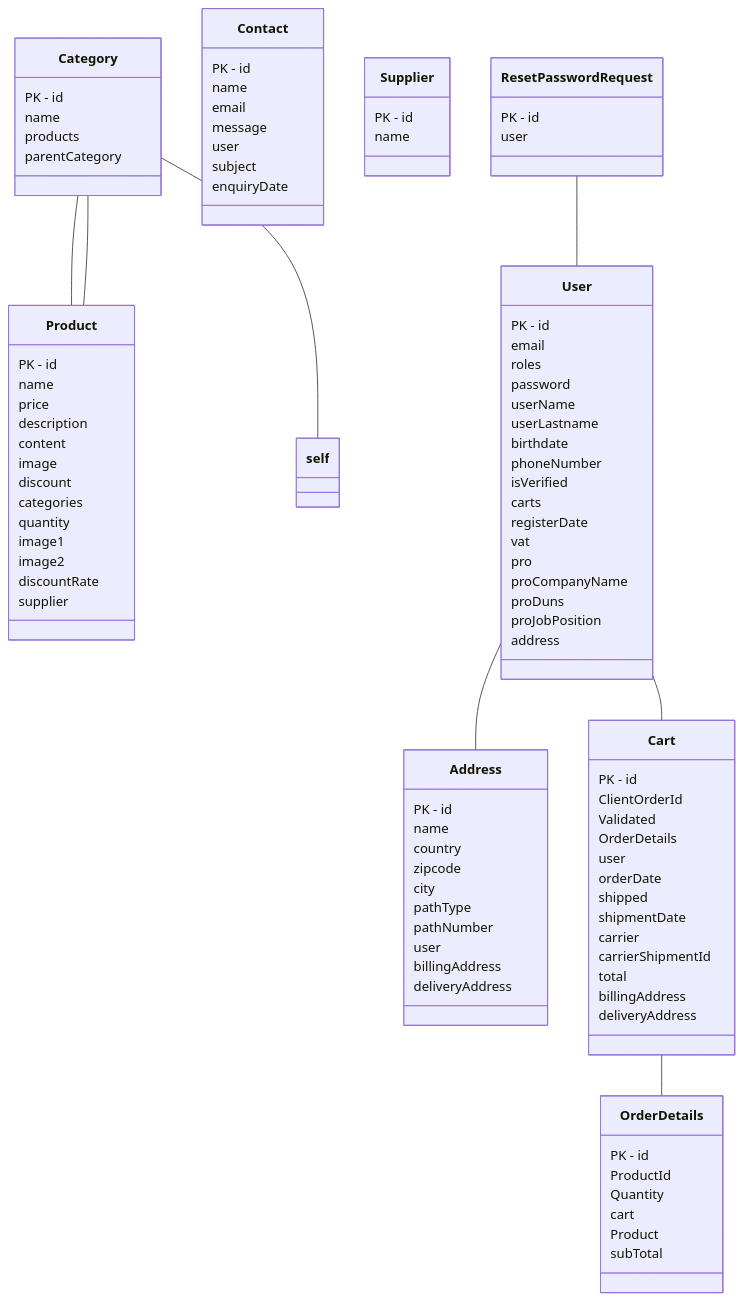
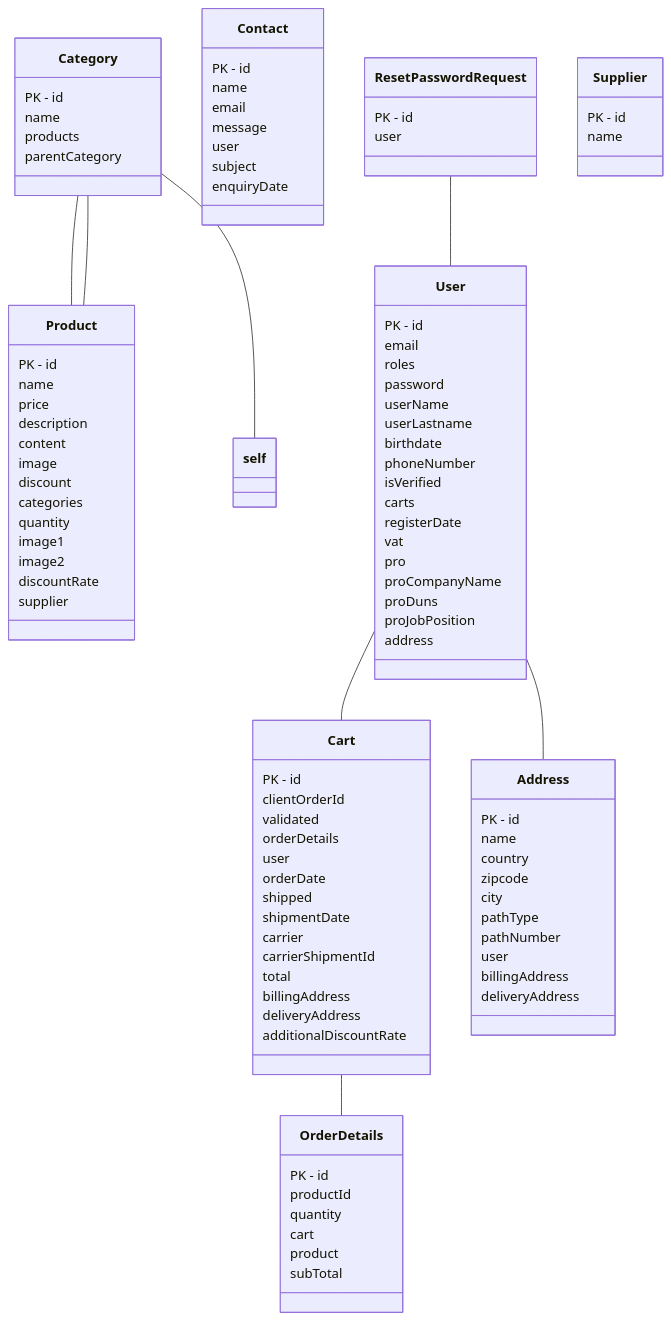
One commit to AlexisDonato/CDA changed the diagram in Fil Rouge/MUSE/UML.md. Above: the diagram before and after it, drawn with Mermaid. The commit also changed 8 other files, not shown here.

````diff
--- a/Fil Rouge/MUSE/UML.md
+++ b/Fil Rouge/MUSE/UML.md
@@ -1,6 +1,33 @@
 ```mermaid
 classDiagram
 
+class Cart{
+PK - id
+clientOrderId
+validated
+orderDetails
+user
+orderDate
+shipped
+shipmentDate
+carrier
+carrierShipmentId
+total
+billingAddress
+deliveryAddress
+additionalDiscountRate
+}
+
+Cart -- OrderDetails
+class Category{
+PK - id
+name
+products
+parentCategory
+}
+
+Category -- Product
+Category -- self
 class Address{
 PK - id
 name
@@ -14,32 +41,6 @@
 deliveryAddress
 }
 
-class Cart{
-PK - id
-ClientOrderId
-Validated
-OrderDetails
-user
-orderDate
-shipped
-shipmentDate
-carrier
-carrierShipmentId
-total
-billingAddress
-deliveryAddress
-}
-
-Cart -- OrderDetails
-class Category{
-PK - id
-name
-products
-parentCategory
-}
-
-Category -- Product
-Category -- self
 class Contact{
 PK - id
 name
@@ -52,10 +53,10 @@
 
 class OrderDetails{
 PK - id
-ProductId
-Quantity
+productId
+quantity
 cart
-Product
+product
 subTotal
 }
 
@@ -76,17 +77,6 @@
 }
 
 Product -- Category
-class Supplier{
-PK - id
-name
-}
-
-class ResetPasswordRequest{
-PK - id
-user
-}
-
-ResetPasswordRequest -- User
 class User{
 PK - id
 email
@@ -109,5 +99,16 @@
 
 User -- Cart
 User -- Address
+class ResetPasswordRequest{
+PK - id
+user
+}
+
+ResetPasswordRequest -- User
+class Supplier{
+PK - id
+name
+}
+
 
 ```
````
